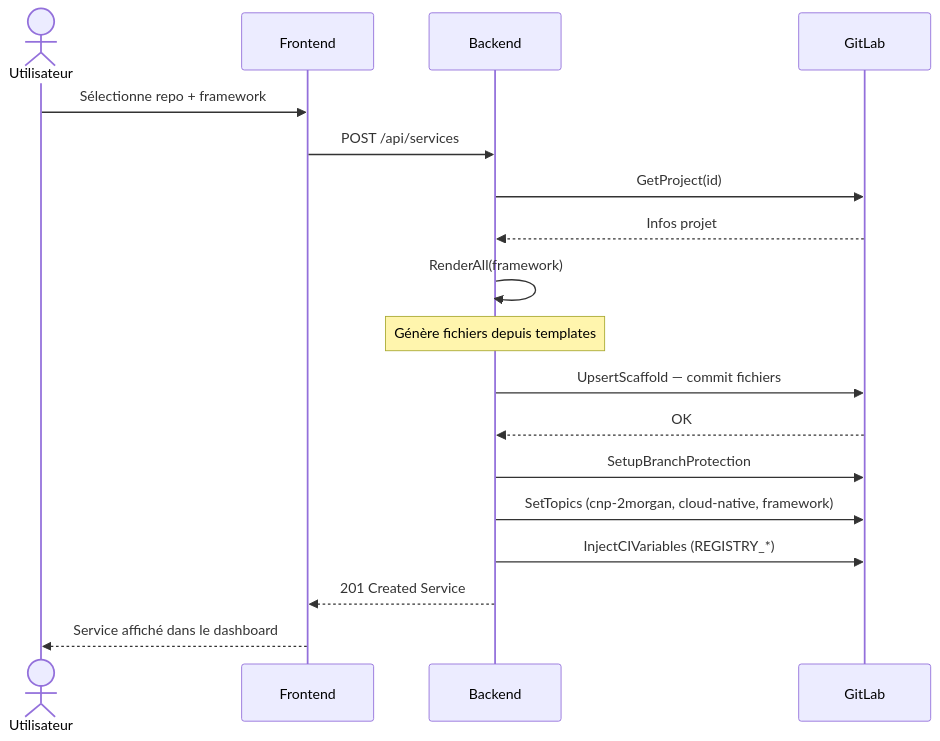
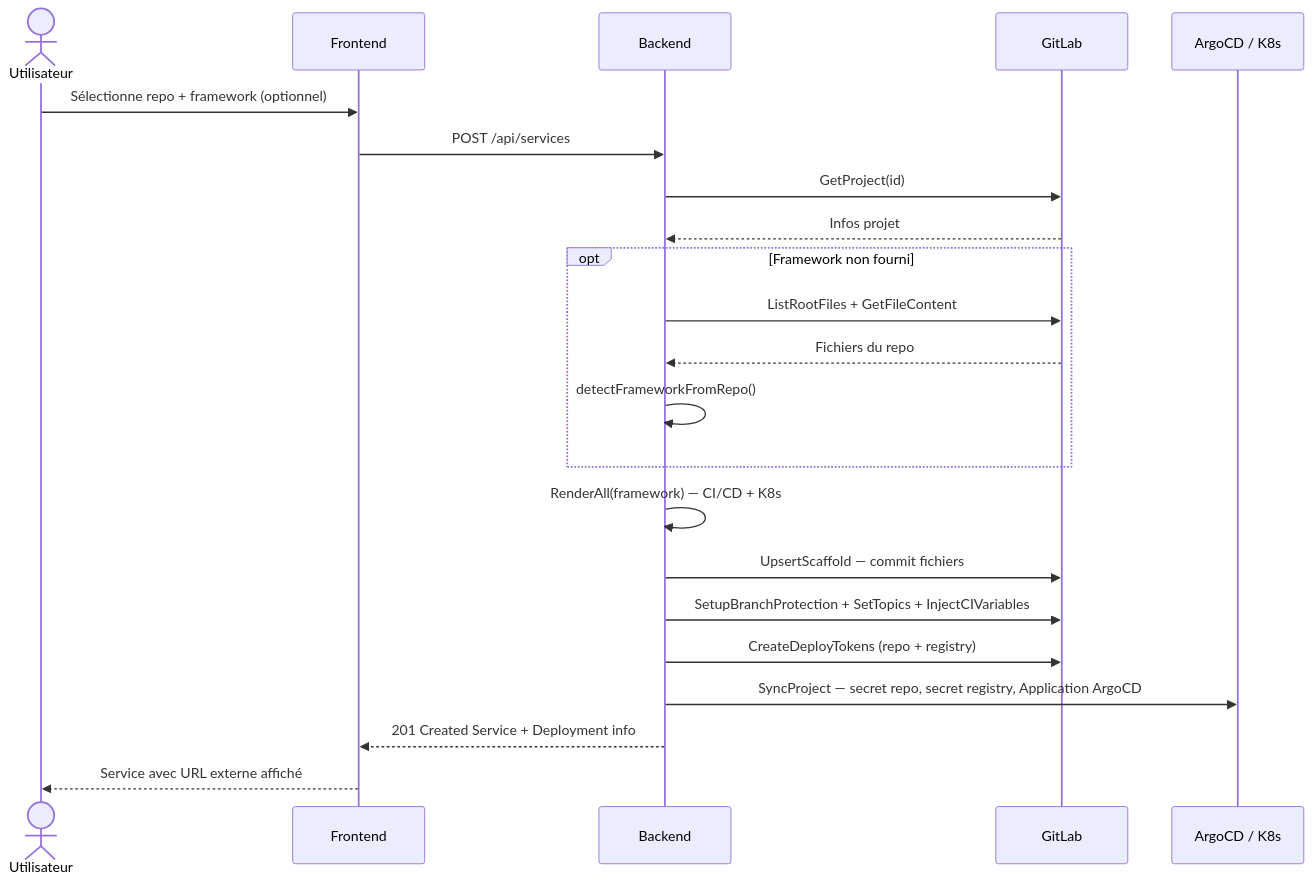
Before and after one commit to 2-MORGAN/docs: the second of 2 diagrams in architecture.mdx, drawn with Mermaid. The commit also changed other lines of this file and 12 other files, not shown here.

````diff
--- a/architecture.mdx
+++ b/architecture.mdx
@@ -114,21 +123,25 @@
 ```mermaid
 sequenceDiagram
     actor U as Utilisateur
     participant F as Frontend
     participant B as Backend
     participant G as GitLab
+    participant A as ArgoCD / K8s
 
-    U->>F: Sélectionne repo + framework
+    U->>F: Sélectionne repo + framework (optionnel)
     F->>B: POST /api/services
     B->>G: GetProject(id)
     G-->>B: Infos projet
-    B->>B: RenderAll(framework)
-    Note over B: Génère fichiers depuis templates
+    opt Framework non fourni
+        B->>G: ListRootFiles + GetFileContent
+        G-->>B: Fichiers du repo
+        B->>B: detectFrameworkFromRepo()
+    end
+    B->>B: RenderAll(framework) — CI/CD + K8s
     B->>G: UpsertScaffold — commit fichiers
-    G-->>B: OK
-    B->>G: SetupBranchProtection
-    B->>G: SetTopics (cnp-2morgan, cloud-native, framework)
-    B->>G: InjectCIVariables (REGISTRY_*)
-    B-->>F: 201 Created Service
-    F-->>U: Service affiché dans le dashboard
+    B->>G: SetupBranchProtection + SetTopics + InjectCIVariables
+    B->>G: CreateDeployTokens (repo + registry)
+    B->>A: SyncProject — secret repo, secret registry, Application ArgoCD
+    B-->>F: 201 Created Service + Deployment info
+    F-->>U: Service avec URL externe affiché
 ```
````
